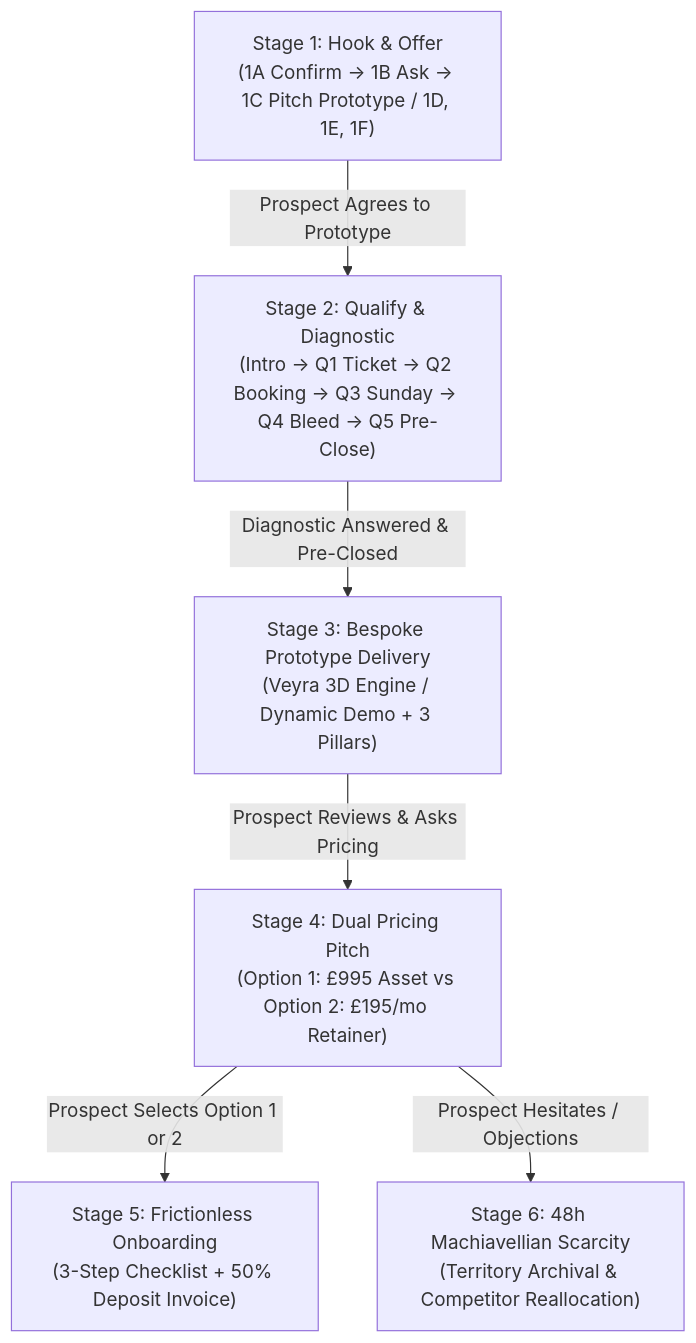
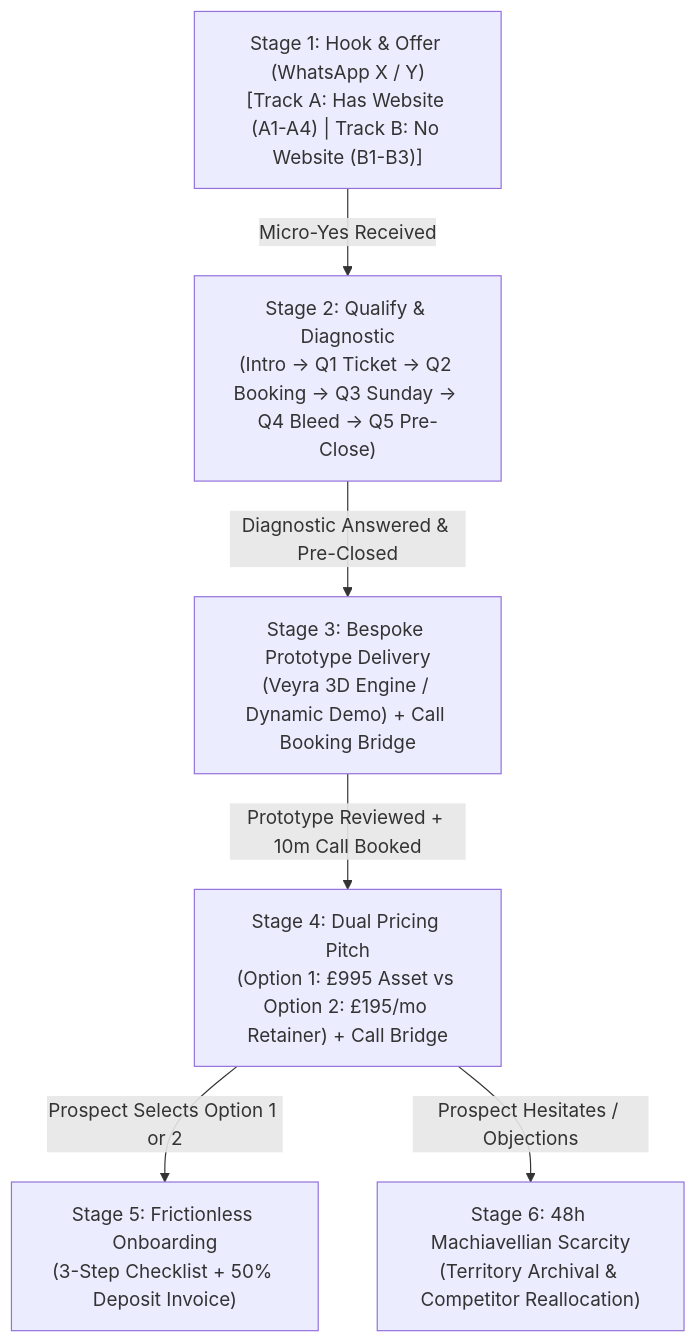
Before and after one commit to echelonsystemsgd-deep/v0-mercian-wealth: the diagram in Implementation/General/MERCIAN_WEALTH_HIGH_TICKET_ACQUISITION_PLAYBOOK_ENGINE.md, drawn with Mermaid. The commit also changed other lines of this file and 7 other files, not shown here.

Commit message:
feat(outreach): adapt Modules 1 & 2 for WhatsApp with Track A/B routing and Call Booking Bridge

````diff
--- a/Implementation/General/MERCIAN_WEALTH_HIGH_TICKET_ACQUISITION_PLAYBOOK_ENGINE.md
+++ b/Implementation/General/MERCIAN_WEALTH_HIGH_TICKET_ACQUISITION_PLAYBOOK_ENGINE.md
@@ -30,15 +34,15 @@
 ```mermaid
 flowchart TD
-    Stage1["Stage 1: Hook & Offer\n(1A Confirm -> 1B Ask -> 1C Pitch Prototype / 1D, 1E, 1F)"]
+    Stage1["Stage 1: Hook & Offer (WhatsApp X / Y)\n[Track A: Has Website (A1-A4) | Track B: No Website (B1-B3)]"]
     Stage2["Stage 2: Qualify & Diagnostic\n(Intro -> Q1 Ticket -> Q2 Booking -> Q3 Sunday -> Q4 Bleed -> Q5 Pre-Close)"]
-    Stage3["Stage 3: Bespoke Prototype Delivery\n(Veyra 3D Engine / Dynamic Demo + 3 Pillars)"]
-    Stage4["Stage 4: Dual Pricing Pitch\n(Option 1: £995 Asset vs Option 2: £195/mo Retainer)"]
+    Stage3["Stage 3: Bespoke Prototype Delivery\n(Veyra 3D Engine / Dynamic Demo) + Call Booking Bridge"]
+    Stage4["Stage 4: Dual Pricing Pitch\n(Option 1: £995 Asset vs Option 2: £195/mo Retainer) + Call Bridge"]
     Stage5["Stage 5: Frictionless Onboarding\n(3-Step Checklist + 50% Deposit Invoice)"]
     Stage6["Stage 6: 48h Machiavellian Scarcity\n(Territory Archival & Competitor Reallocation)"]
 
-    Stage1 -->|Prospect Agrees to Prototype| Stage2
+    Stage1 -->|Micro-Yes Received| Stage2
     Stage2 -->|Diagnostic Answered & Pre-Closed| Stage3
-    Stage3 -->|Prospect Reviews & Asks Pricing| Stage4
+    Stage3 -->|Prototype Reviewed + 10m Call Booked| Stage4
     Stage4 -->|Prospect Selects Option 1 or 2| Stage5
     Stage4 -->|Prospect Hesitates / Objections| Stage6
 ```
````
